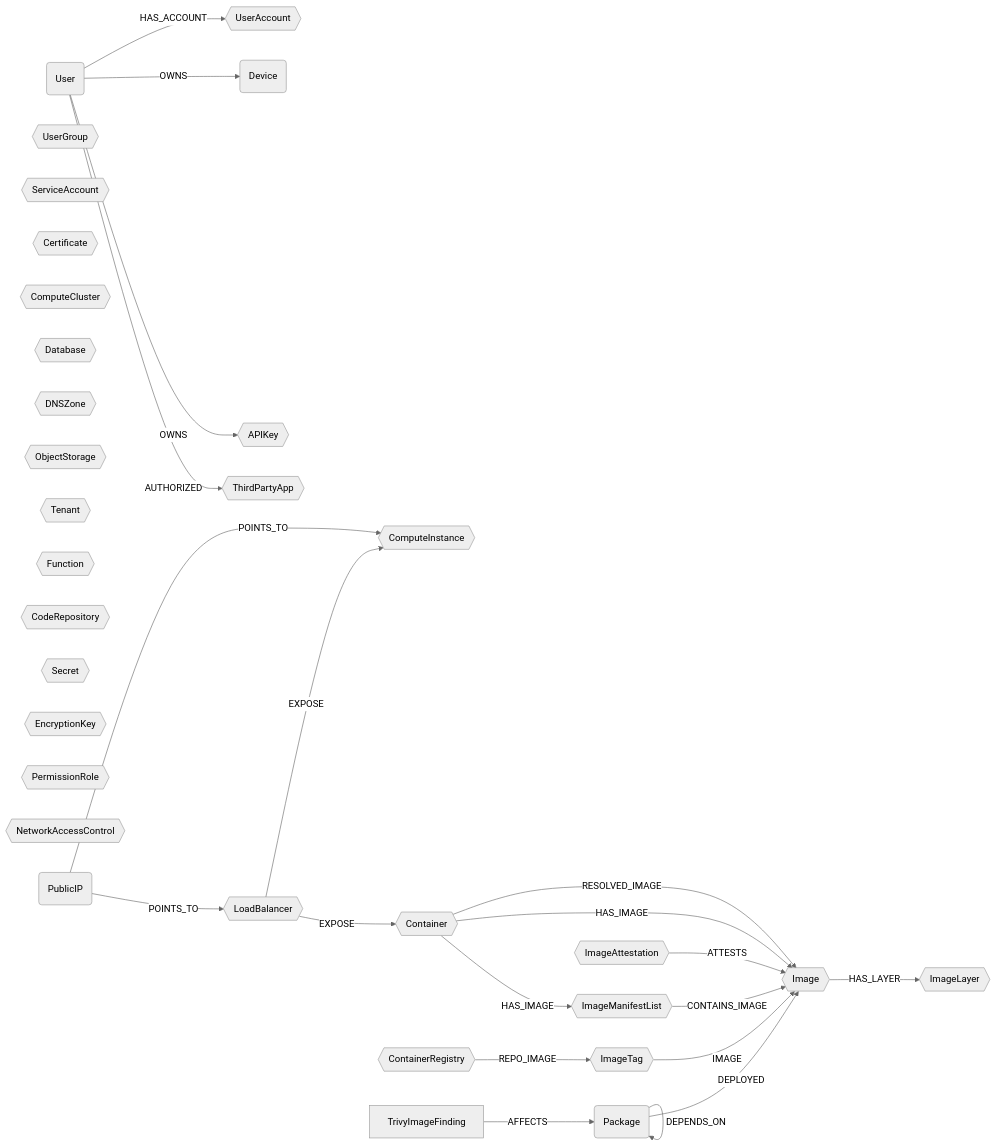
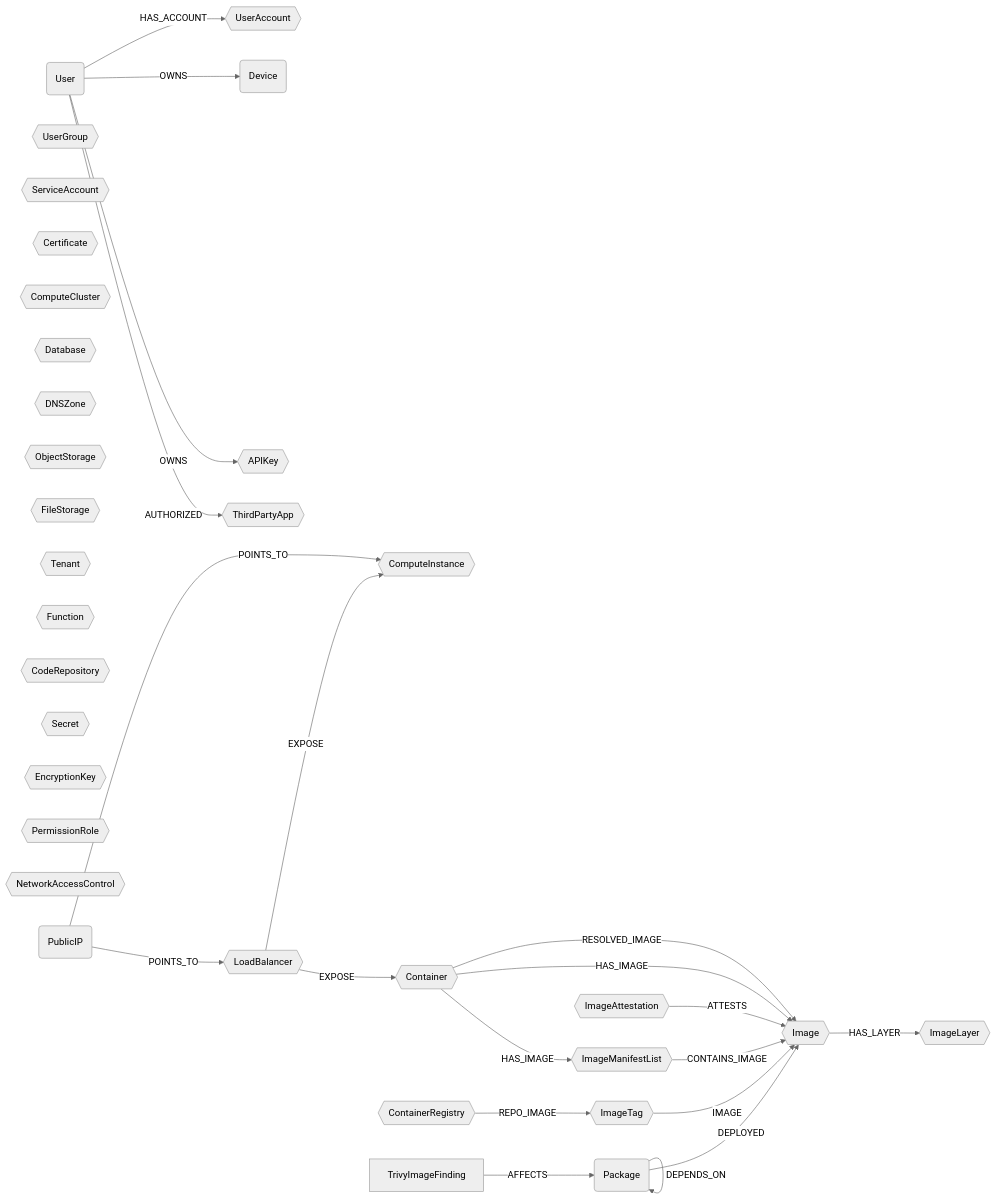
One commit to cartography-cncf/cartography changed the diagram in docs/root/modules/ontology/schema.md. Above: the diagram before and after it, drawn with Mermaid (neutral theme). The commit also changed other lines of this file and 14 other files, not shown here.

````diff
--- a/docs/root/modules/ontology/schema.md
+++ b/docs/root/modules/ontology/schema.md
@@ -6,37 +6,38 @@
 ```mermaid
 graph LR
 
 U(User) -- HAS_ACCOUNT --> UA{{UserAccount}}
 U -- OWNS --> CC(Device)
 U -- OWNS --> AK{{APIKey}}
 U -- AUTHORIZED --> OA{{ThirdPartyApp}}
 UG{{UserGroup}}
 SA{{ServiceAccount}}
 CERT{{Certificate}}
 LB{{LoadBalancer}} -- EXPOSE --> CI{{ComputeInstance}}
 LB{{LoadBalancer}} -- EXPOSE --> CT{{Container}}
 CL{{ComputeCluster}}
 DB{{Database}}
 DZ{{DNSZone}}
 OS{{ObjectStorage}}
+FS{{FileStorage}}
 TN{{Tenant}}
 FN{{Function}}
 REPO{{CodeRepository}}
 SC{{Secret}}
 EK{{EncryptionKey}}
 PR{{PermissionRole}}
 NAC{{NetworkAccessControl}}
 PIP(PublicIP) -- POINTS_TO --> LB
 PIP -- POINTS_TO --> CI
 PKG(Package) -- DEPLOYED --> IM{{Image}}
 PKG -- DEPENDS_ON --> PKG
 F[TrivyImageFinding] -- AFFECTS --> PKG
 CR{{ContainerRegistry}} -- REPO_IMAGE --> IT{{ImageTag}}
 IT -- IMAGE --> IM
 IML{{ImageManifestList}} -- CONTAINS_IMAGE --> IM
 IA{{ImageAttestation}} -- ATTESTS --> IM
 IM -- HAS_LAYER --> IL{{ImageLayer}}
 CT -- HAS_IMAGE --> IM
 CT -- HAS_IMAGE --> IML
 CT -- RESOLVED_IMAGE --> IM
 ```
````
